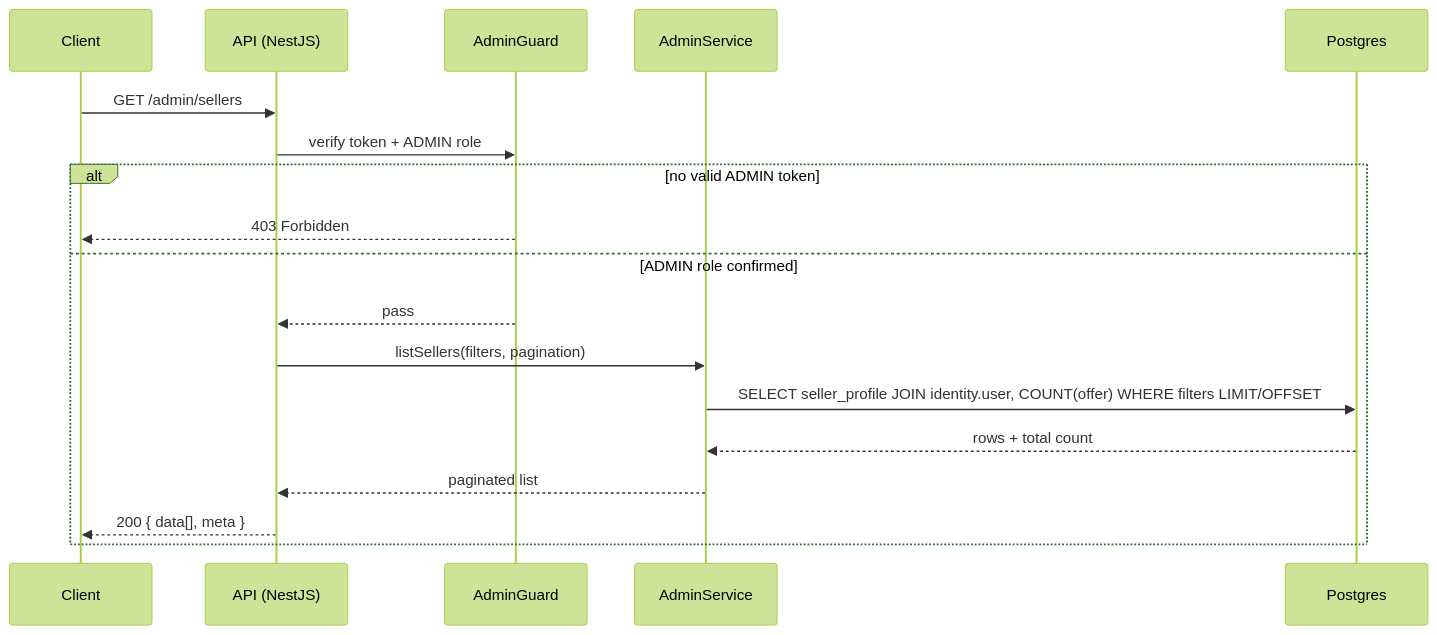
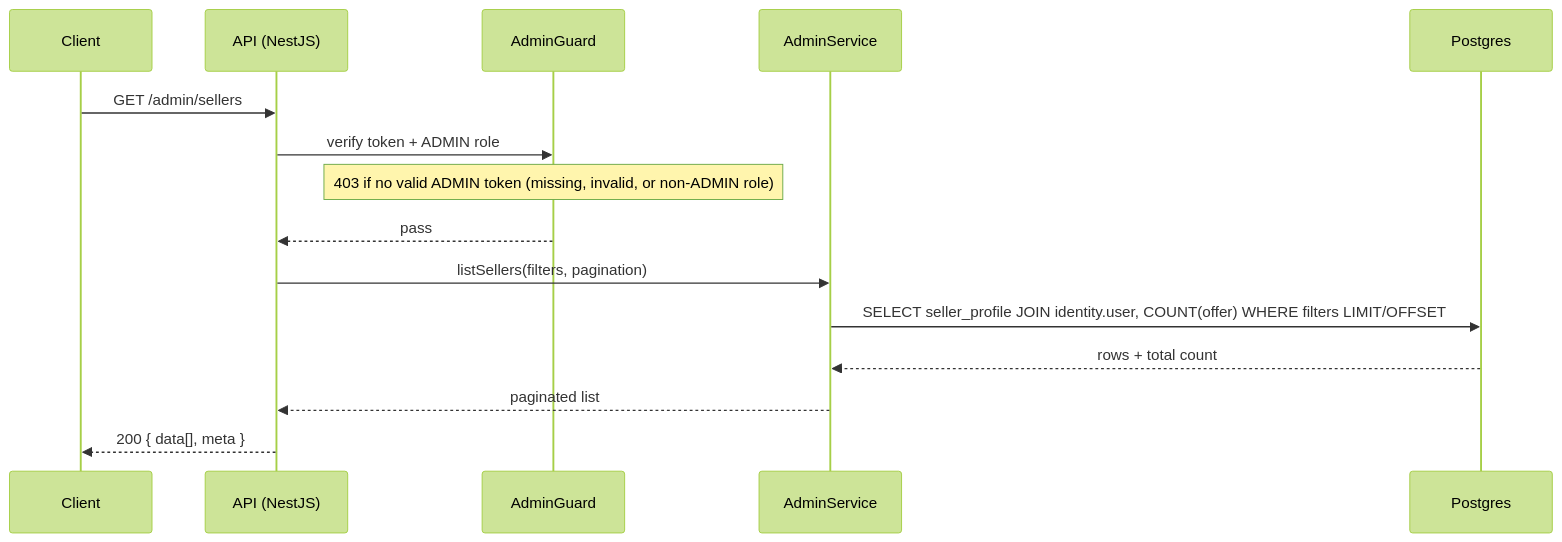
One commit to alisa-uthi/aliceut-ecom-document changed the fourth of 12 diagrams in phase-1/technical-design/api-design/admin.md. Above: the diagram before and after it, drawn with Mermaid (forest theme). The commit also changed other lines of this file and 35 other files, not shown here.

````diff
--- a/phase-1/technical-design/api-design/admin.md
+++ b/phase-1/technical-design/api-design/admin.md
@@ -249,21 +240,18 @@
 ```mermaid
 sequenceDiagram
     participant C as Client
     participant API as API (NestJS)
     participant G as AdminGuard
     participant S as AdminService
     participant PG as Postgres
 
     C->>API: GET /admin/sellers
     API->>G: verify token + ADMIN role
-    alt no valid ADMIN token
-        G-->>C: 403 Forbidden
-    else ADMIN role confirmed
-        G-->>API: pass
-        API->>S: listSellers(filters, pagination)
-        S->>PG: SELECT seller_profile JOIN identity.user, COUNT(offer) WHERE filters LIMIT/OFFSET
-        PG-->>S: rows + total count
-        S-->>API: paginated list
-        API-->>C: 200 { data[], meta }
-    end
+    Note over G: 403 if no valid ADMIN token (missing, invalid, or non-ADMIN role)
+    G-->>API: pass
+    API->>S: listSellers(filters, pagination)
+    S->>PG: SELECT seller_profile JOIN identity.user, COUNT(offer) WHERE filters LIMIT/OFFSET
+    PG-->>S: rows + total count
+    S-->>API: paginated list
+    API-->>C: 200 { data[], meta }
 ```
````
